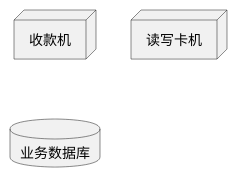
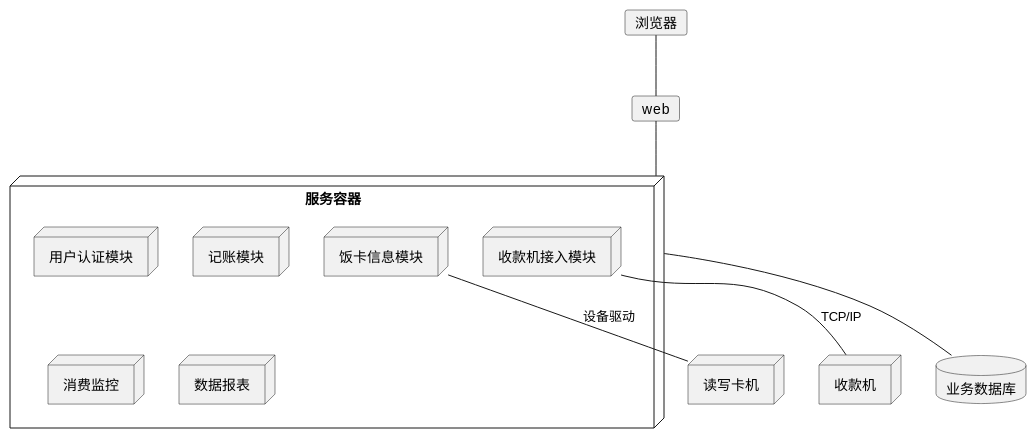
The third of 3 diagrams in week1/作业.md (cxl086/architectCampus), drawn with PlantUML before and after one commit. The commit also changed other lines of this file, not shown here.

Commit message:
deploy uml.

````diff
--- a/week1/作业.md
+++ b/week1/作业.md
@@ -72,11 +72,29 @@
 ```plantuml
 @startuml
 
 node 收款机
 node 读写卡机
+node 服务容器 {
+    node 用户认证模块
+    node 饭卡信息模块
+    node 收款机接入模块
+    node 记账模块
+    node 消费监控
+    node 数据报表
+}
 database db [
     业务数据库
 ]
 
+card web
+
+card 浏览器
+
+饭卡信息模块 -- 读写卡机 : 设备驱动
+收款机接入模块 -- 收款机 : TCP/IP
+服务容器 -- db
+浏览器 -- web
+web -- 服务容器
+
 @enduml
 ```
````
